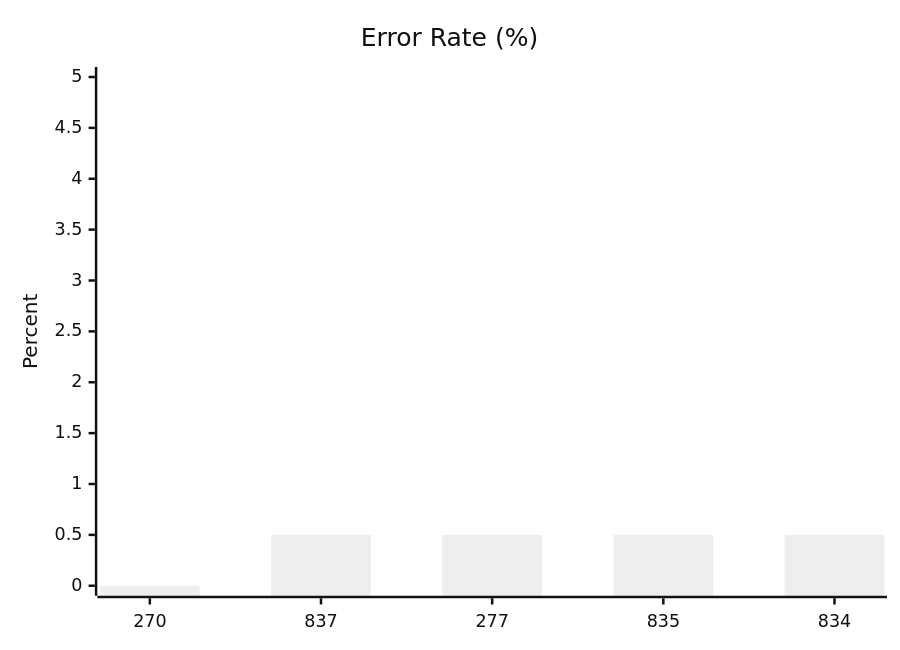
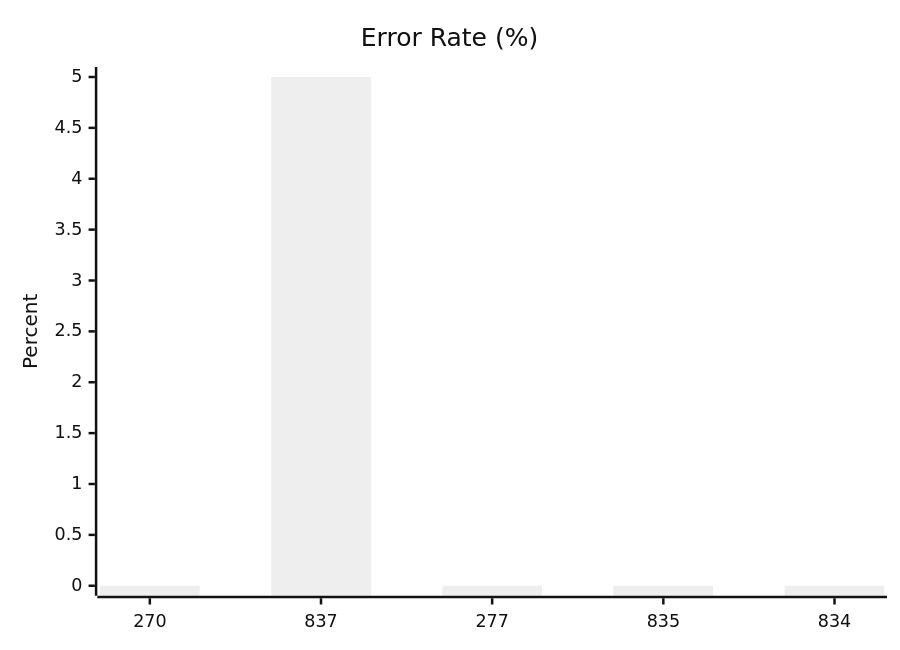
One commit to dhagan-va/intern-2025 changed the fourth of 10 diagrams in test-tools/DataGen/src/Statistics_Visualizer.md. Above: the diagram before and after it, drawn with Mermaid (neutral theme). The commit also changed other lines of this file and 2 other files, not shown here.

````diff
--- a/test-tools/DataGen/src/Statistics_Visualizer.md
+++ b/test-tools/DataGen/src/Statistics_Visualizer.md
@@ -50,7 +50,7 @@
 ```mermaid
 xychart-beta
     title "Error Rate (%)"
     x-axis ["270", "837", "277", "835", "834"]
     y-axis "Percent" 0 --> 5
-    bar [0, 0.5, 0.5, 0.5, 0.5]
+    bar [0, 5.0, 0, 0, 0]
 ```
````
